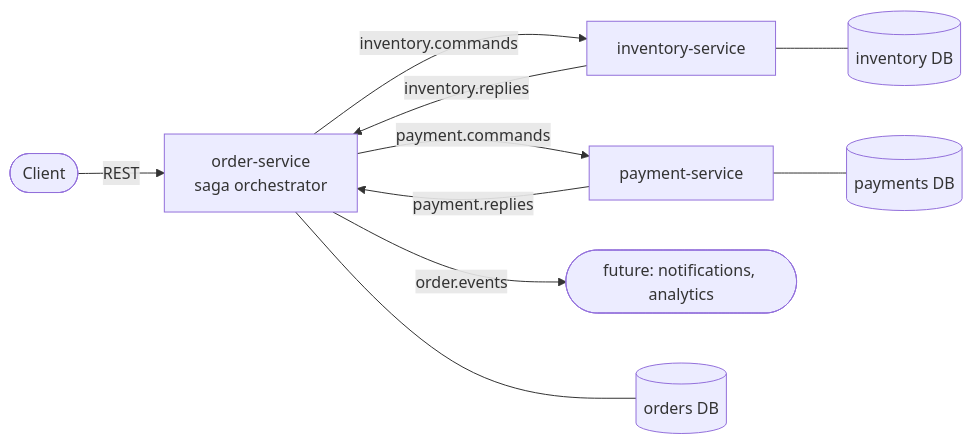
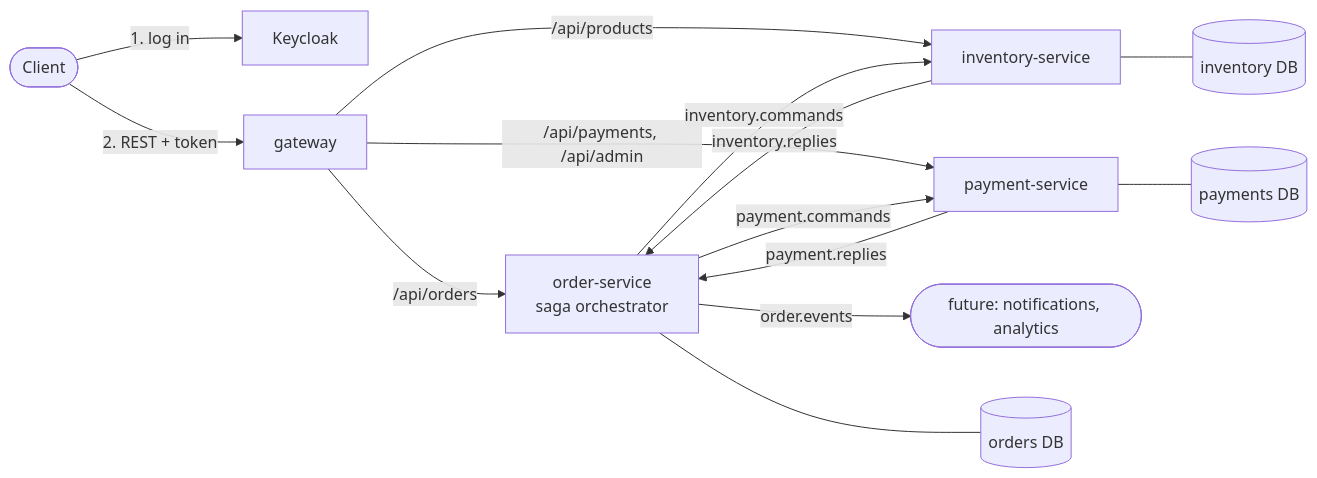
One commit to Zeralius/orderflow changed the first of 3 diagrams in README.md. Above: the diagram before and after it, drawn with Mermaid. The commit also changed other lines of this file and 36 other files, not shown here.

First line of the commit message:
feat: Keycloak login, token checks in every service, API gateway

````diff
--- a/README.md
+++ b/README.md
@@ -11,12 +11,16 @@
 ```mermaid
 flowchart LR
-    client([Client]) -->|REST| order[order-service<br/>saga orchestrator]
+    client([Client]) -->|"1. log in"| keycloak[Keycloak]
+    client -->|"2. REST + token"| gateway[gateway]
+    gateway -->|/api/orders| order[order-service<br/>saga orchestrator]
+    gateway -->|/api/products| inventory
+    gateway -->|"/api/payments, /api/admin"| payment
     order -->|inventory.commands| inventory[inventory-service]
     inventory -->|inventory.replies| order
     order -->|payment.commands| payment[payment-service]
     payment -->|payment.replies| order
     order -->|order.events| consumers([future: notifications, analytics])
     order --- odb[(orders DB)]
     inventory --- idb[(inventory DB)]
     payment --- pdb[(payments DB)]
 ```
````
